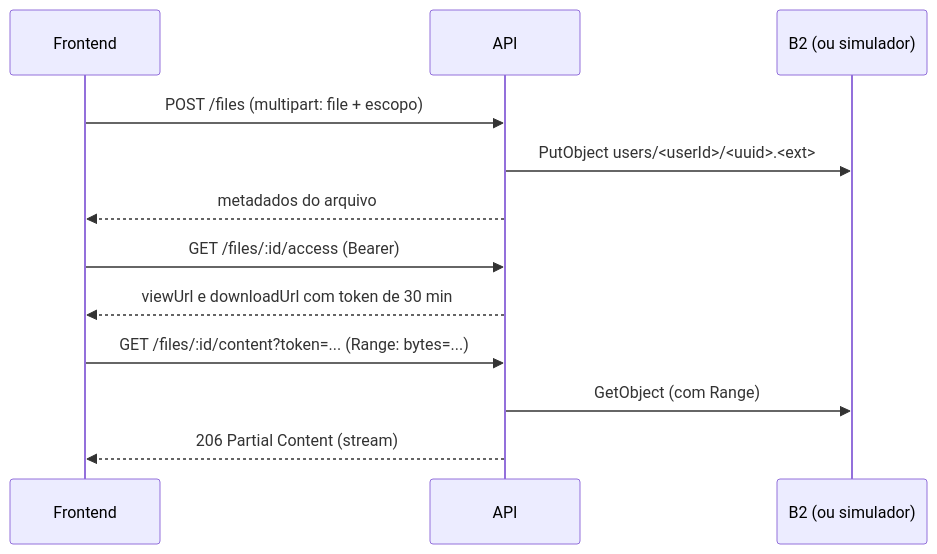
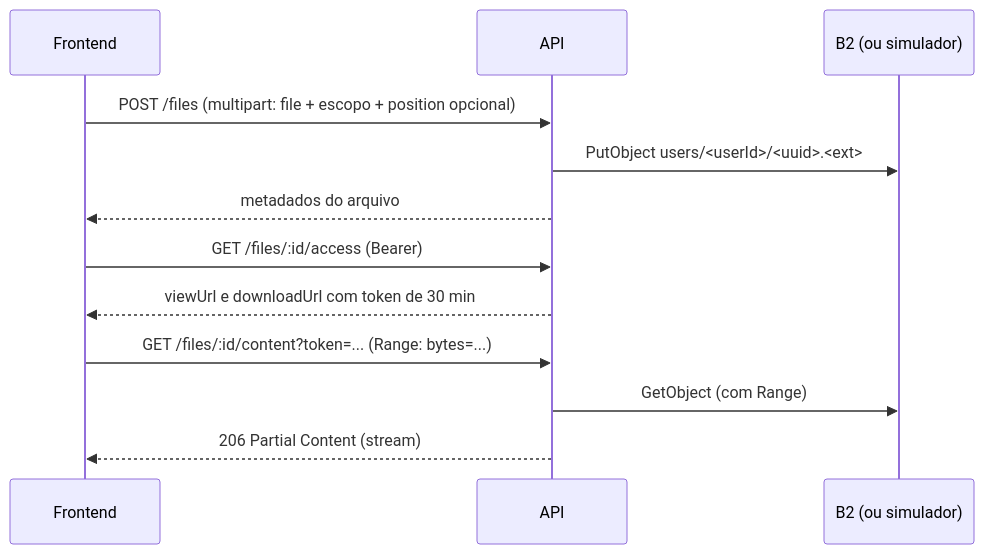
Before and after one commit to matheuscente/tccBackend: the third of 3 diagrams in README.md, drawn with Mermaid. The commit also changed other lines of this file, not shown here.

Commit message:
docs: document study mode, course page and position field

````diff
--- a/README.md
+++ b/README.md
@@ -250,14 +250,14 @@
 ```mermaid
 sequenceDiagram
     participant F as Frontend
     participant API
     participant B2 as B2 (ou simulador)
-    F->>API: POST /files (multipart: file + escopo)
+    F->>API: POST /files (multipart: file + escopo + position opcional)
     API->>B2: PutObject users/<userId>/<uuid>.<ext>
     API-->>F: metadados do arquivo
     F->>API: GET /files/:id/access (Bearer)
     API-->>F: viewUrl e downloadUrl com token de 30 min
     F->>API: GET /files/:id/content?token=... (Range: bytes=...)
     API->>B2: GetObject (com Range)
     API-->>F: 206 Partial Content (stream)
 ```
````
